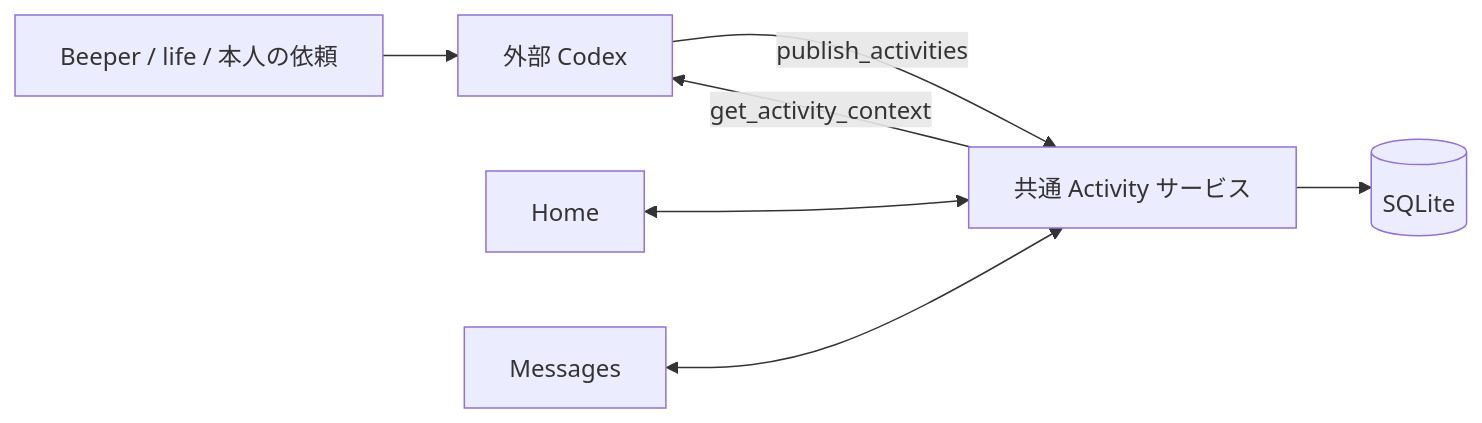
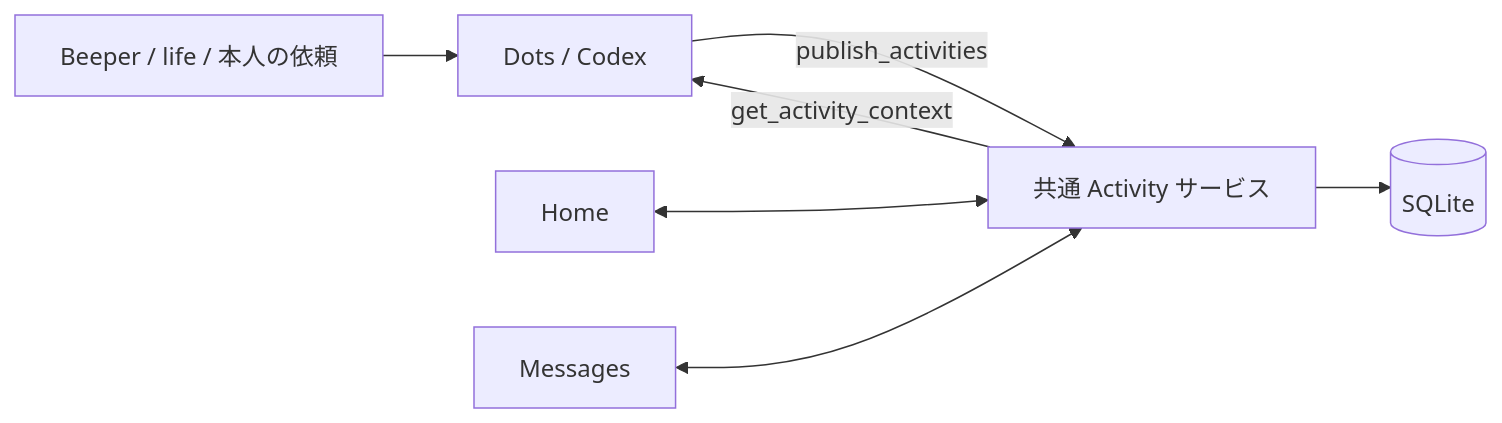
One commit to yutakobayashidev/ori changed the diagram in docs/activity-mcp-design.md. Above: the diagram before and after it, drawn with Mermaid. The commit also changed other lines of this file and 39 other files, not shown here.

````diff
--- a/docs/activity-mcp-design.md
+++ b/docs/activity-mcp-design.md
@@ -21,9 +21,9 @@
 ```mermaid
 flowchart LR
-  S[Beeper / life / 本人の依頼] --> C[外部 Codex]
+  S[Beeper / life / 本人の依頼] --> C[Dots / Codex]
   C -->|publish_activities| A[共通 Activity サービス]
   A --> D[(SQLite)]
   H[Home] <--> A
   M[Messages] <--> A
   A -->|get_activity_context| C
 ```
````
